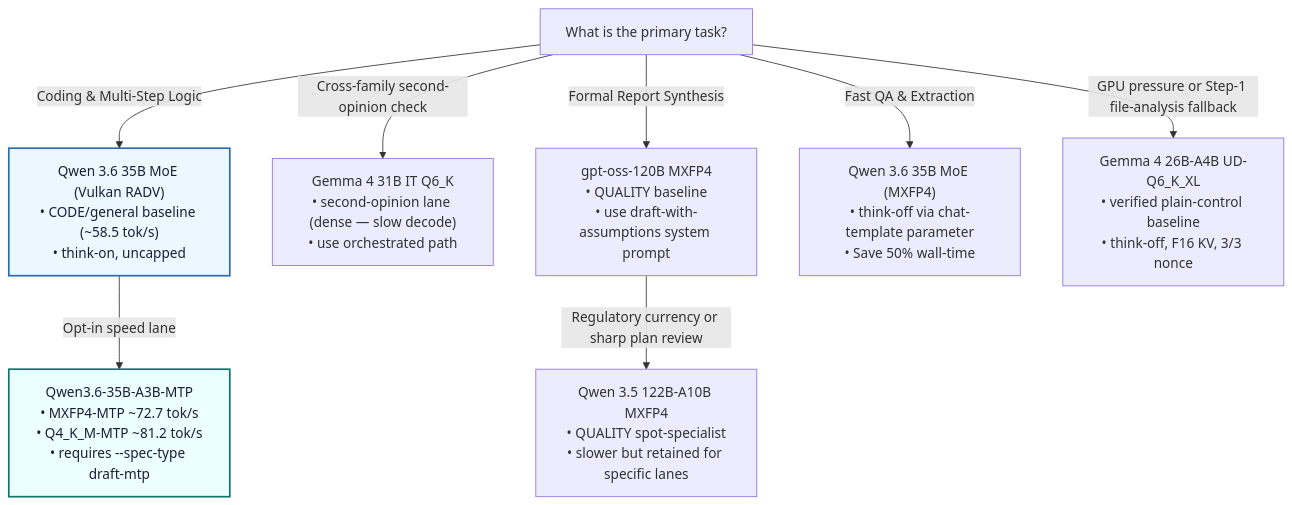
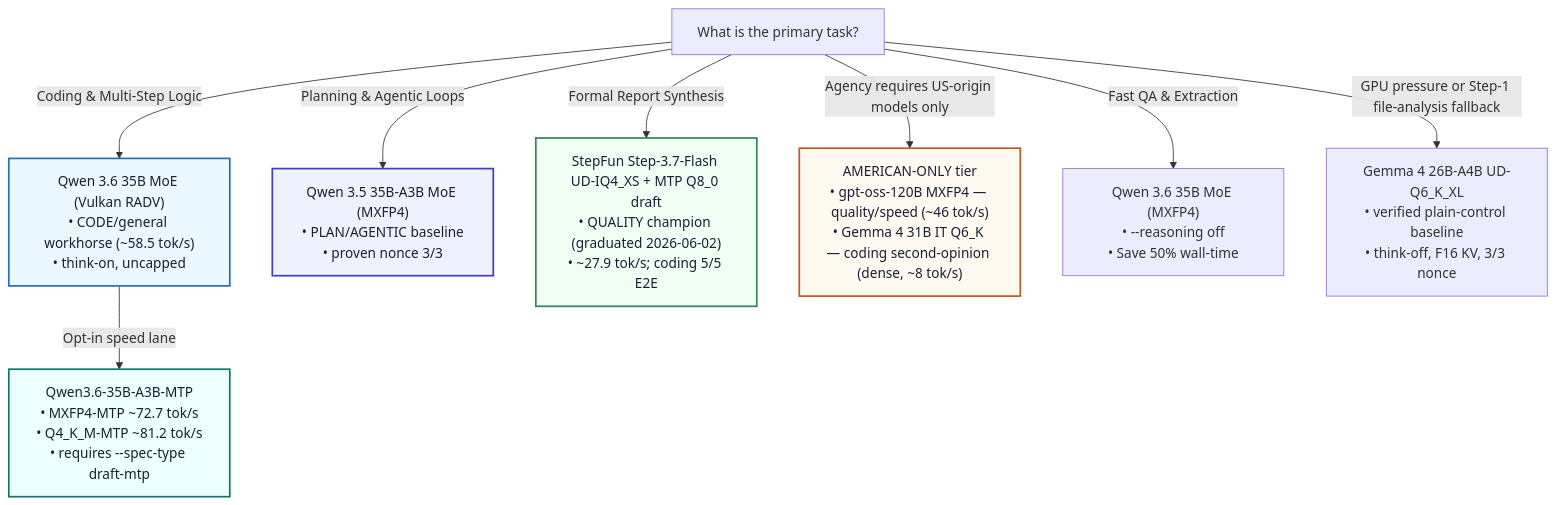
The diagram in reference/decision-tree.md (boxwrench/tesla_agent), drawn with Mermaid before and after one commit. The commit also changed other lines of this file and 13 other files, not shown here.

````diff
--- a/reference/decision-tree.md
+++ b/reference/decision-tree.md
@@ -9,20 +9,23 @@
 ```mermaid
 graph TD
     Start["What is the primary task?"]
     
-    Start -->|Coding & Multi-Step Logic| Code["Qwen 3.6 35B MoE (Vulkan RADV)<br/>• CODE/general baseline (~58.5 tok/s)<br/>• think-on, uncapped"]
+    Start -->|Coding & Multi-Step Logic| Code["Qwen 3.6 35B MoE (Vulkan RADV)<br/>• CODE/general workhorse (~58.5 tok/s)<br/>• think-on, uncapped"]
     style Code fill:#ebf8ff,stroke:#2b6cb0,stroke-width:2px,color:#1a1f36
 
     Code -->|Opt-in speed lane| MTP["Qwen3.6-35B-A3B-MTP<br/>• MXFP4-MTP ~72.7 tok/s<br/>• Q4_K_M-MTP ~81.2 tok/s<br/>• requires --spec-type draft-mtp"]
     style MTP fill:#ecfeff,stroke:#0f766e,stroke-width:2px,color:#1a1f36
 
-    Start -->|Cross-family second-opinion check| GemmaCode["Gemma 4 31B IT Q6_K<br/>• second-opinion lane (dense — slow decode)<br/>• use orchestrated path"]
-    
-    Start -->|Formal Report Synthesis| Synth["gpt-oss-120B MXFP4<br/>• QUALITY baseline<br/>• use draft-with-assumptions system prompt"]
+    Start -->|Planning & Agentic Loops| Plan["Qwen 3.5 35B-A3B MoE (MXFP4)<br/>• PLAN/AGENTIC baseline<br/>• proven nonce 3/3"]
+    style Plan fill:#eef2ff,stroke:#4338ca,stroke-width:2px,color:#1a1f36
 
-    Synth -->|Regulatory currency or sharp plan review| Specialist["Qwen 3.5 122B-A10B MXFP4<br/>• QUALITY spot-specialist<br/>• slower but retained for specific lanes"]
-    
-    Start -->|Fast QA & Extraction| Ext["Qwen 3.6 35B MoE (MXFP4)<br/>• think-off via chat-template parameter<br/>• Save 50% wall-time"]
+    Start -->|Formal Report Synthesis| Synth["StepFun Step-3.7-Flash UD-IQ4_XS + MTP Q8_0 draft<br/>• QUALITY champion (graduated 2026-06-02)<br/>• ~27.9 tok/s; coding 5/5 E2E"]
+    style Synth fill:#f0fff4,stroke:#2f855a,stroke-width:2px,color:#1a1f36
+
+    Start -->|Agency requires US-origin models only| American["AMERICAN-ONLY tier<br/>• gpt-oss-120B MXFP4 — quality/speed (~46 tok/s)<br/>• Gemma 4 31B IT Q6_K — coding second-opinion (dense, ~8 tok/s)"]
+    style American fill:#fffaf0,stroke:#c05621,stroke-width:2px,color:#1a1f36
+
+    Start -->|Fast QA & Extraction| Ext["Qwen 3.6 35B MoE (MXFP4)<br/>• --reasoning off<br/>• Save 50% wall-time"]
 
     Start -->|GPU pressure or Step-1 file-analysis fallback| GemmaControl["Gemma 4 26B-A4B UD-Q6_K_XL<br/>• verified plain-control baseline<br/>• think-off, F16 KV, 3/3 nonce"]
 ```
````
